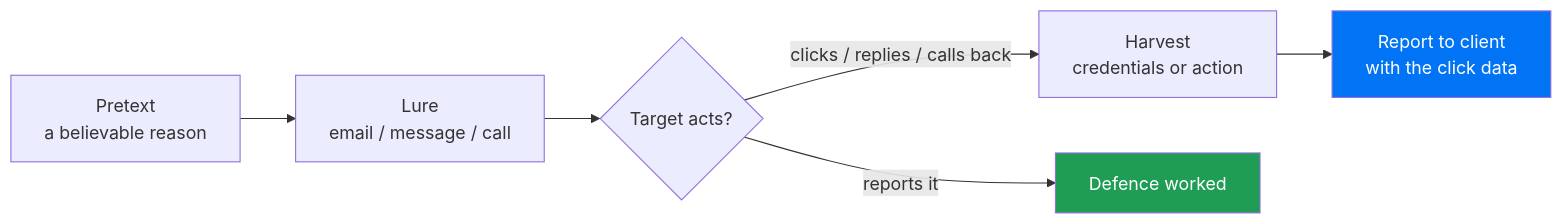
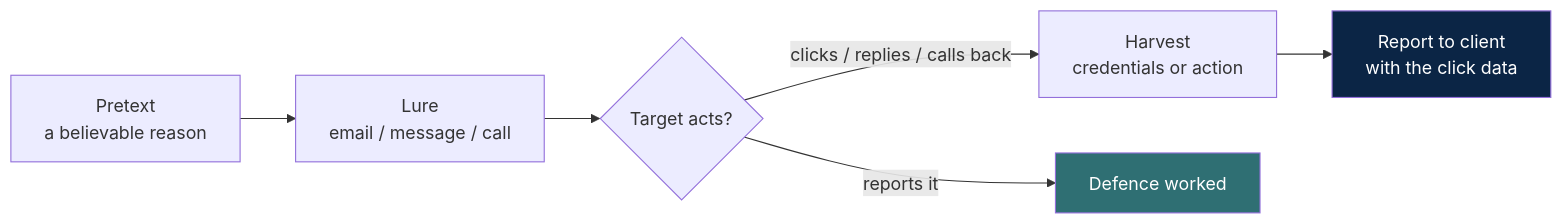
One commit to darkanalytica1/ethical-hacking-cheatsheet changed the diagram in sheets/09-social-engineering.md. Above: the diagram before and after it, drawn with Mermaid. The commit also changed 9 other files, not shown here.

````diff
--- a/sheets/09-social-engineering.md
+++ b/sheets/09-social-engineering.md
@@ -17,10 +17,10 @@
 ```mermaid
 flowchart LR
     A[Pretext<br/>a believable reason] --> B[Lure<br/>email / message / call]
     B --> C{Target acts?}
     C -->|clicks / replies / calls back| D[Harvest<br/>credentials or action]
     C -->|reports it| E[Defence worked]
     D --> F[Report to client<br/>with the click data]
-    style E fill:#1f9d55,color:#fff
-    style F fill:#0074F4,color:#fff
+    style E fill:#2f6f73,color:#fff
+    style F fill:#0B2545,color:#fff
 ```
````
